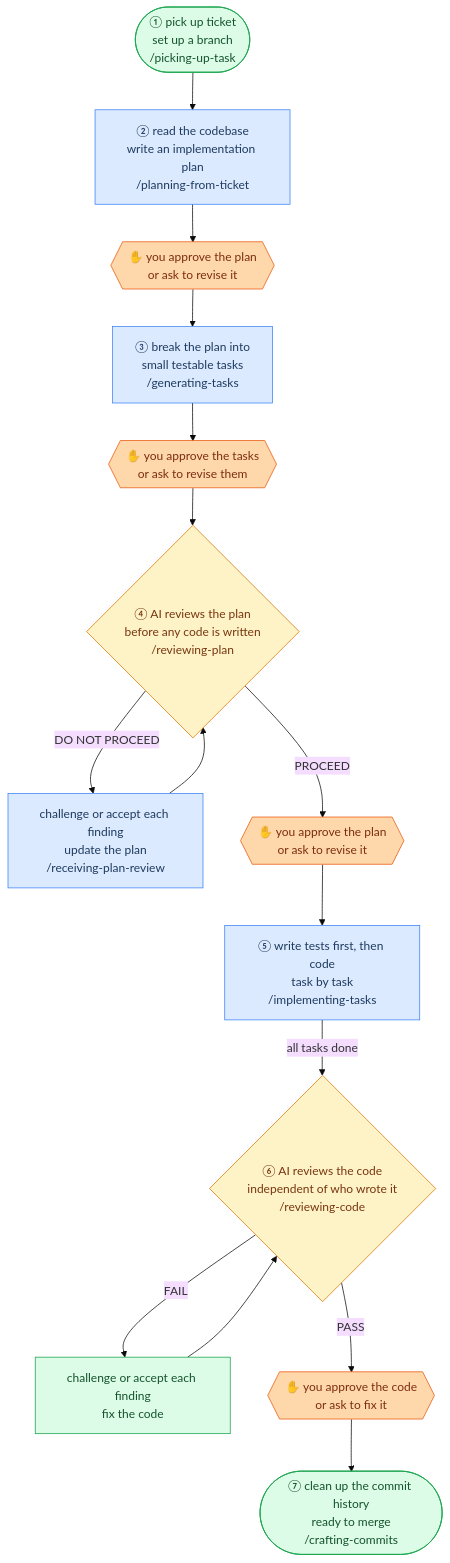
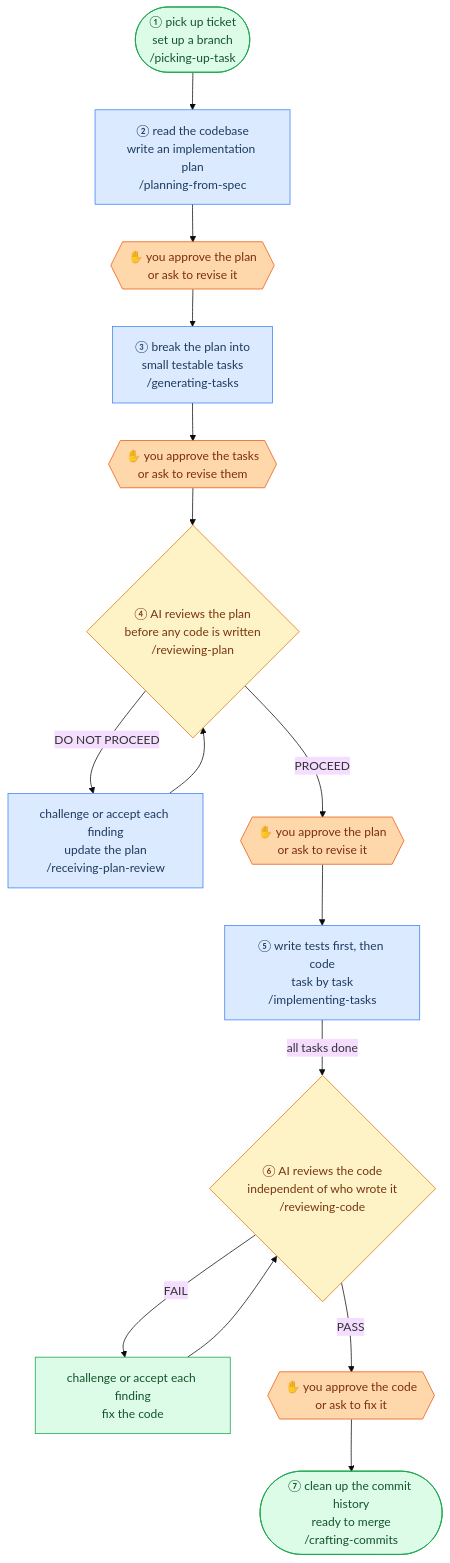
One commit to mhihasan/coding-agent-skills changed the diagram in README.md. Above: the diagram before and after it, drawn with Mermaid (base theme). The commit also changed other lines of this file and 4 other files, not shown here.

Commit message:
feat: rename planning-from-ticket to planning-from-spec

````diff
--- a/README.md
+++ b/README.md
@@ -73,32 +73,32 @@
 ```mermaid
 flowchart TD
     classDef pipe fill:#dbeafe,stroke:#3b82f6,color:#1e3a5f
     classDef judge fill:#fef3c7,stroke:#d97706,color:#78350f
     classDef sp fill:#dcfce7,stroke:#16a34a,color:#14532d
     classDef gate fill:#fed7aa,stroke:#ea580c,color:#7c2d12
 
     ST(["① pick up ticket\nset up a branch\n/picking-up-task"]):::sp
-    PFT["② read the codebase\nwrite an implementation plan\n/planning-from-ticket"]:::pipe
+    PFT["② read the codebase\nwrite an implementation plan\n/planning-from-spec"]:::pipe
     HG0{{"✋ you approve the plan\nor ask to revise it"}}:::gate
     GT["③ break the plan into\nsmall testable tasks\n/generating-tasks"]:::pipe
     HG1{{"✋ you approve the tasks\nor ask to revise them"}}:::gate
     RP{"④ AI reviews the plan\nbefore any code is written\n/reviewing-plan"}:::judge
     RPR["challenge or accept each finding\nupdate the plan\n/receiving-plan-review"]:::pipe
     HG2{{"✋ you approve the plan\nor ask to revise it"}}:::gate
     IT["⑤ write tests first, then code\ntask by task\n/implementing-tasks"]:::pipe
     RC{"⑥ AI reviews the code\nindependent of who wrote it\n/reviewing-code"}:::judge
     RCR["challenge or accept each finding\nfix the code"]:::sp
     HG3{{"✋ you approve the code\nor ask to fix it"}}:::gate
     CC(["⑦ clean up the commit history\nready to merge\n/crafting-commits"]):::sp
 
     ST --> PFT --> HG0 --> GT --> HG1 --> RP
     RP -->|PROCEED| HG2
     RP -->|DO NOT PROCEED| RPR
     RPR --> RP
     HG2 --> IT
     IT -->|all tasks done| RC
     RC -->|PASS| HG3
     RC -->|FAIL| RCR
     RCR --> RC
     HG3 --> CC
 ```
````
